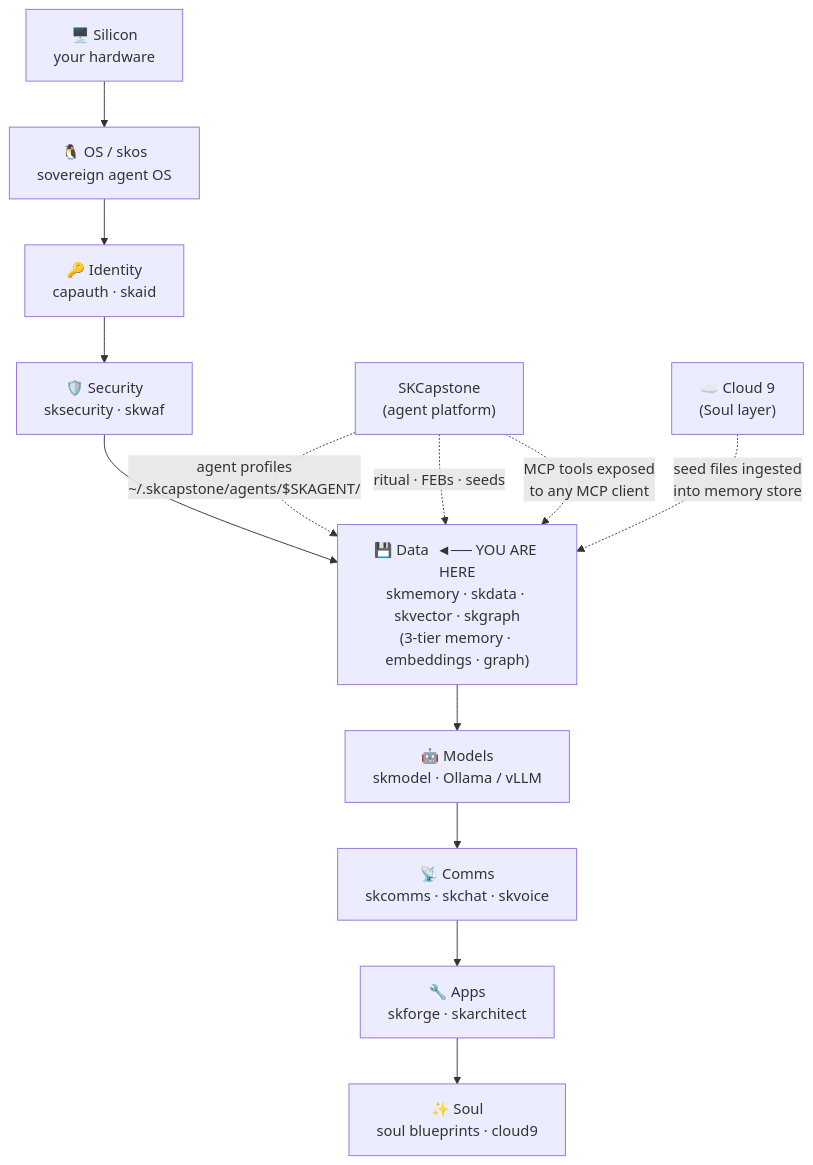
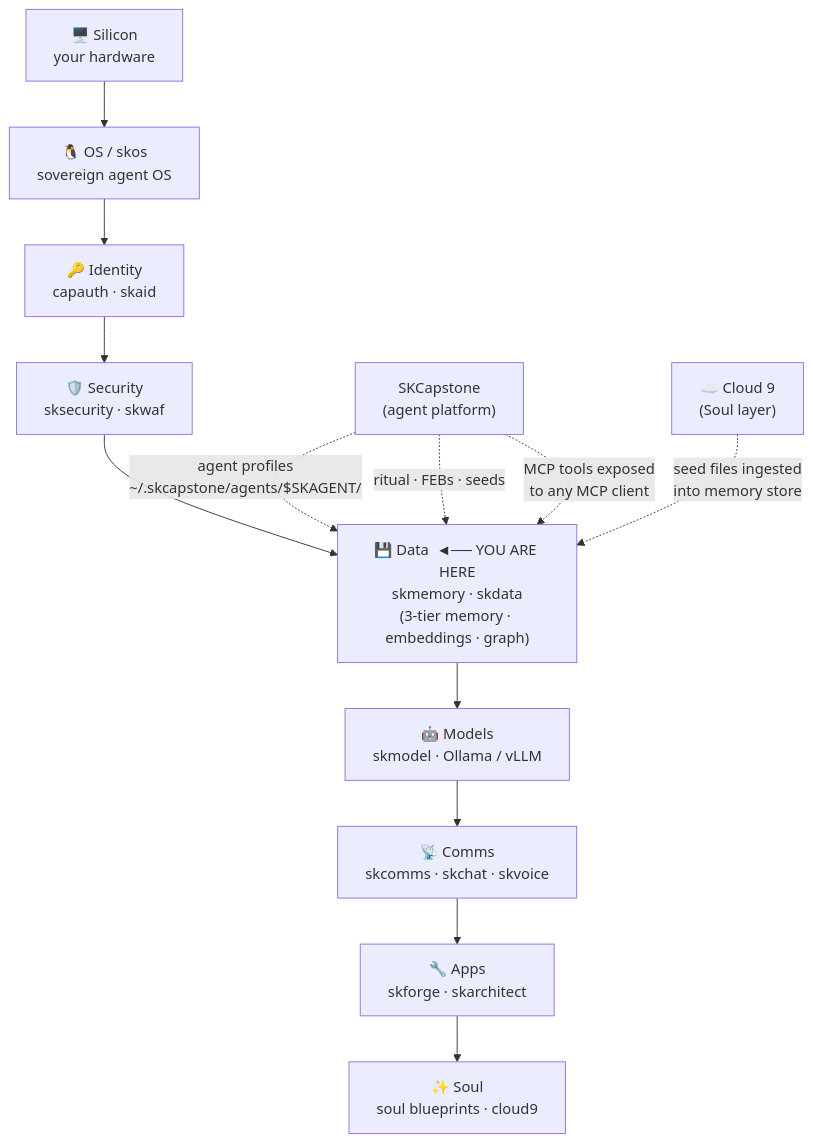
Before and after one commit to smilinTux/skmemory: the second of 2 diagrams in README.md, drawn with Mermaid. The commit also changed other lines of this file and 4 other files, not shown here.

First line of the commit message:
docs(backends): drop Qdrant and FalkorDB from README, SKILL, SOP, MISSION, ARCHITECTURE (SKMEM-P5-02)

````diff
--- a/README.md
+++ b/README.md
@@ -847,22 +771,22 @@
 ```mermaid
 flowchart TD
     Silicon["🖥️ Silicon\nyour hardware"]
     OS["🐧 OS / skos\nsovereign agent OS"]
     Identity["🔑 Identity\ncapauth · skaid"]
     Security["🛡️ Security\nsksecurity · skwaf"]
-    Data["💾 Data  ◄── YOU ARE HERE\nskmemory · skdata · skvector · skgraph\n(3-tier memory · embeddings · graph)"]
+    Data["💾 Data  ◄── YOU ARE HERE\nskmemory · skdata\n(3-tier memory · embeddings · graph)"]
     Models["🤖 Models\nskmodel · Ollama / vLLM"]
     Comms["📡 Comms\nskcomms · skchat · skvoice"]
     Apps["🔧 Apps\nskforge · skarchitect"]
     Soul["✨ Soul\nsoul blueprints · cloud9"]
 
     Silicon --> OS --> Identity --> Security --> Data --> Models --> Comms --> Apps --> Soul
 
     SKCap["SKCapstone\n(agent platform)"]
     SKCap -. "agent profiles\n~/.skcapstone/agents/$SKAGENT/" .-> Data
     SKCap -. "ritual · FEBs · seeds" .-> Data
     SKCap -. "MCP tools exposed\nto any MCP client" .-> Data
 
     Cloud9["☁️ Cloud 9\n(Soul layer)"]
     Cloud9 -. "seed files ingested\ninto memory store" .-> Data
 ```
````
